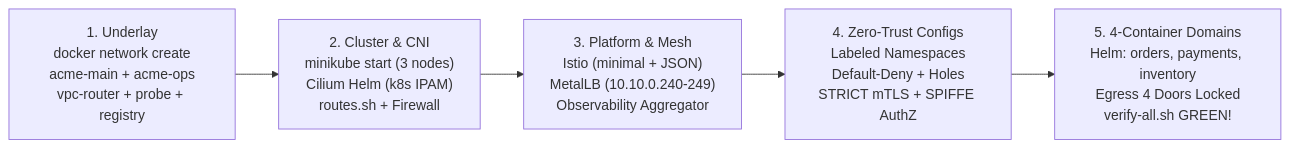
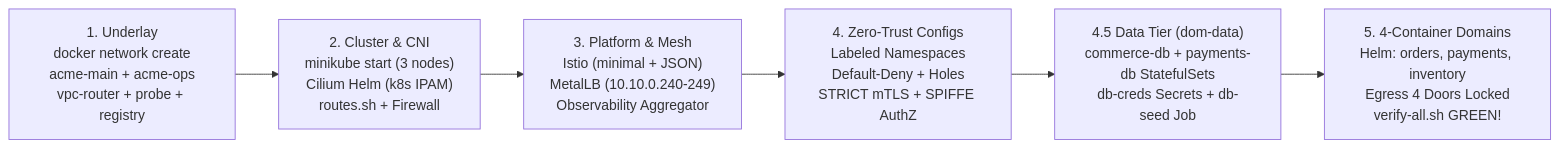
The first of 2 diagrams in docs/labs/lab-10-cold-rebuild-gke-handoff.md (nitinkc/KubernetesConcepts), drawn with Mermaid before and after one commit. The commit also changed other lines of this file and 78 other files, not shown here.

````diff
--- a/docs/labs/lab-10-cold-rebuild-gke-handoff.md
+++ b/docs/labs/lab-10-cold-rebuild-gke-handoff.md
@@ -9,7 +9,8 @@
 ```mermaid
 flowchart LR
     S1["1. Underlay<br/>docker network create<br/>acme-main + acme-ops<br/>vpc-router + probe + registry"] --> S2["2. Cluster & CNI<br/>minikube start (3 nodes)<br/>Cilium Helm (k8s IPAM)<br/>routes.sh + Firewall"]
     S2 --> S3["3. Platform & Mesh<br/>Istio (minimal + JSON)<br/>MetalLB (10.10.0.240-249)<br/>Observability Aggregator"]
     S3 --> S4["4. Zero-Trust Configs<br/>Labeled Namespaces<br/>Default-Deny + Holes<br/>STRICT mTLS + SPIFFE AuthZ"]
-    S4 --> S5["5. 4-Container Domains<br/>Helm: orders, payments, inventory<br/>Egress 4 Doors Locked<br/>verify-all.sh GREEN!"]
+    S4 --> S45["4.5 Data Tier (dom-data)<br/>commerce-db + payments-db StatefulSets<br/>db-creds Secrets + db-seed Job"]
+    S45 --> S5["5. 4-Container Domains<br/>Helm: orders, payments, inventory<br/>Egress 4 Doors Locked<br/>verify-all.sh GREEN!"]
 ```
````
